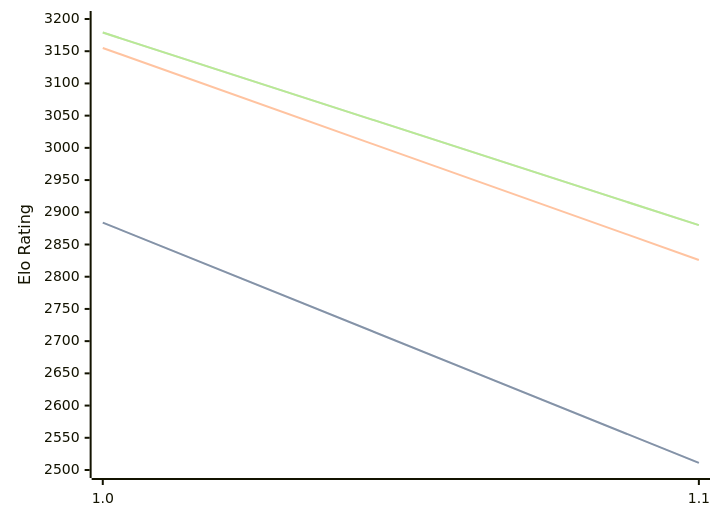
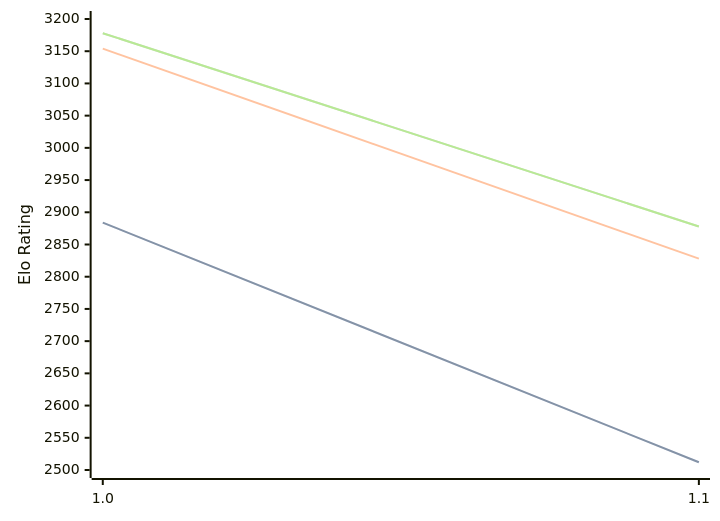
One commit to computer-chess-index/cci changed the diagram in engines/Publius.md. Above: the diagram before and after it, drawn with Mermaid. The commit also changed other lines of this file, not shown here.

Commit message:
Update CCI Ratings (ELO VLTC) - 2026-03-01

````diff
--- a/engines/Publius.md
+++ b/engines/Publius.md
@@ -30,11 +30,11 @@
 ```mermaid
 %%{init: {"theme":"base","themeVariables":{"seriesColors:['#a3a3a3','#222221','#faa371']}}}%%
 xychart-beta
   x-axis ["1.0", "1.1"]
   y-axis "Elo Rating" 2500 --> 3200
-  line "STC (8.0+0.08s)" [2884, 2511]
-  line "STC (8.0+0.08s)" [2884, 2511]
-  line "LTC (60.0+0.60s)" [3155, 2826]
-  line "VLTC (2m24s+1.12s)" [3179, 2880]
-  line "VLTC (2m24s+1.12s)" [3179, 2880]
+  line "STC (8.0+0.08s)" [2884, 2512]
+  line "STC (8.0+0.08s)" [2884, 2512]
+  line "LTC (60.0+0.60s)" [3154, 2828]
+  line "VLTC (2m24s+1.12s)" [3178, 2878]
+  line "VLTC (2m24s+1.12s)" [3178, 2878]
 ```
````
